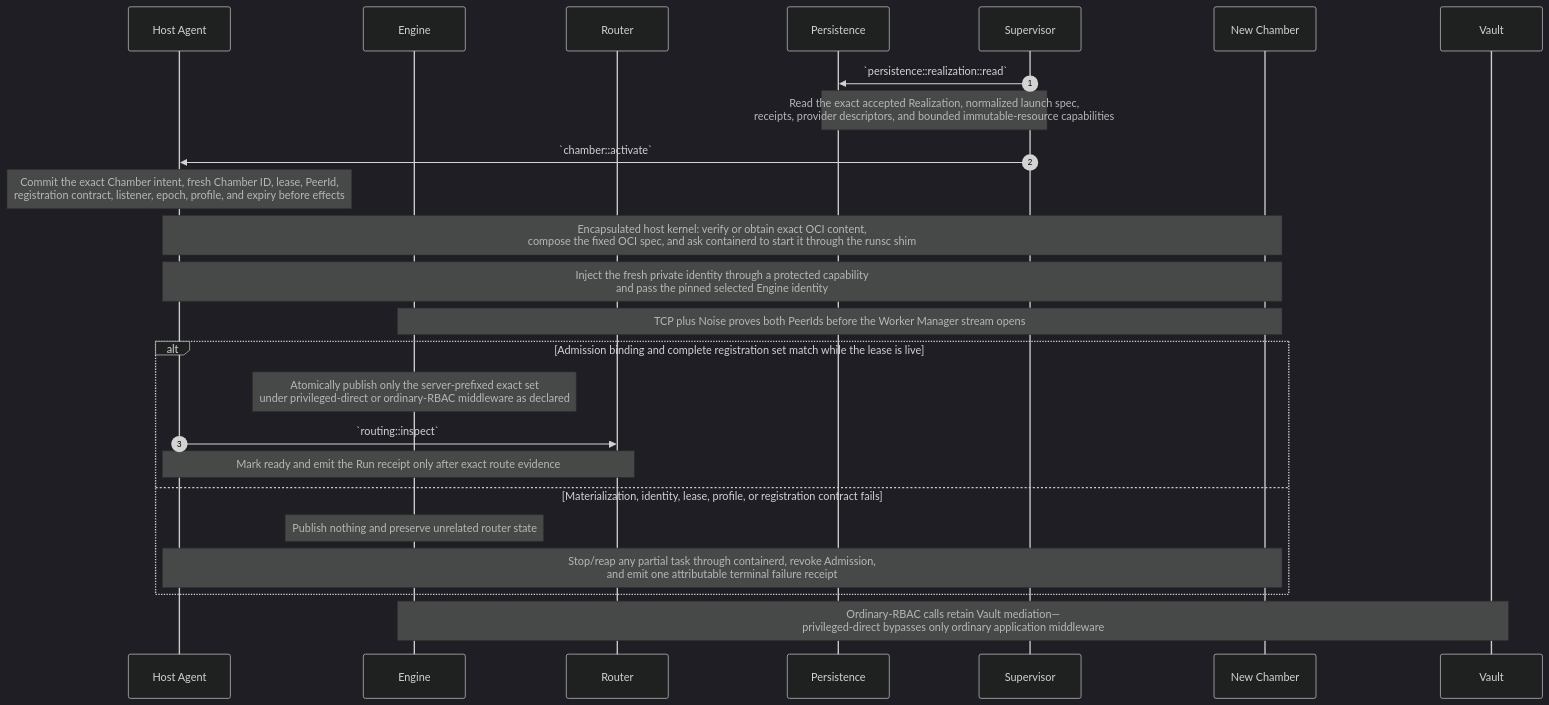
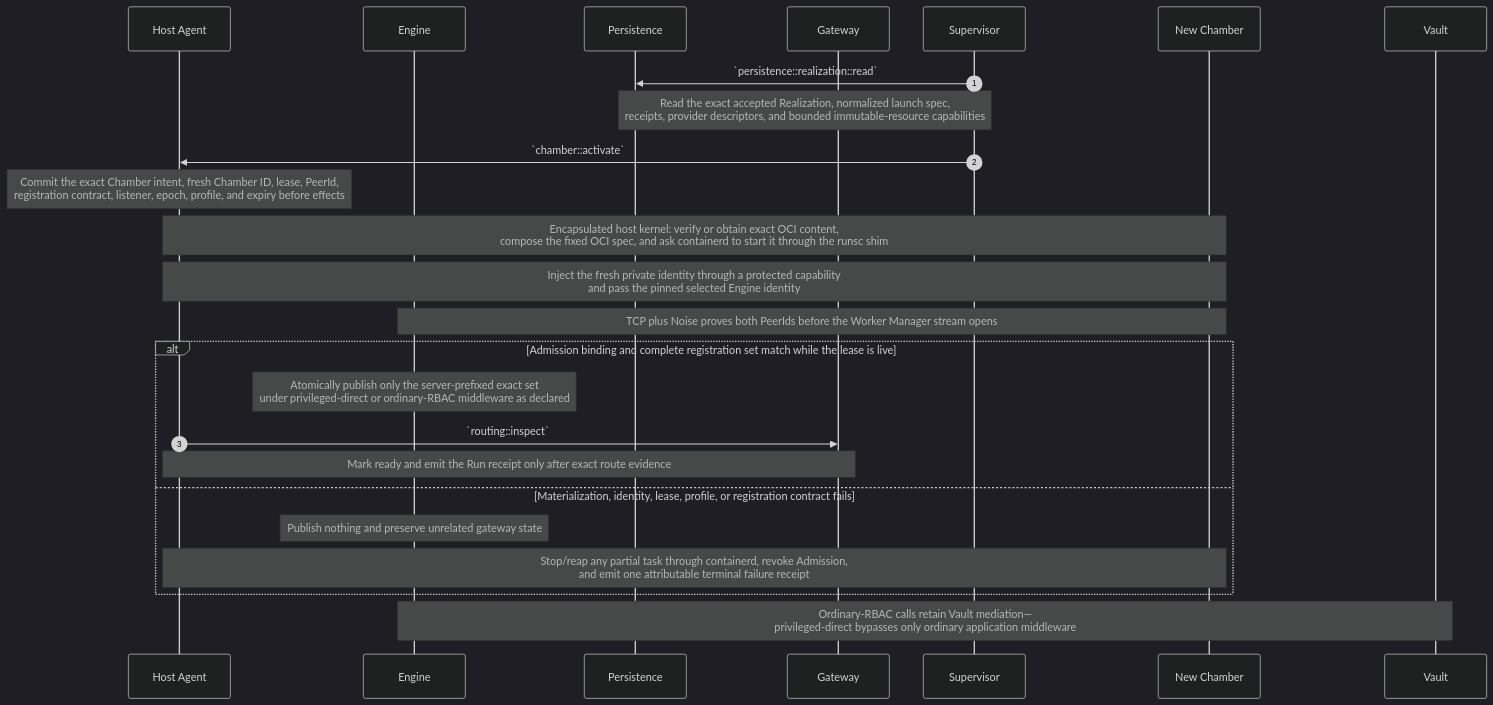
Before and after one commit to dreamcatcher-tech/chambers-lifecycle-explorer: the eighth of 18 diagrams in source/chambers-lifecycle-sequences.md, drawn with Mermaid (dark theme). The commit also changed other lines of this file and 9 other files, not shown here.

````diff
--- a/source/chambers-lifecycle-sequences.md
+++ b/source/chambers-lifecycle-sequences.md
@@ -1067,28 +1187,28 @@
 ```mermaid
 sequenceDiagram
     autonumber
     participant HostAgent as Host Agent
     participant Engine
-    participant Router as Router
     participant Persistence
+    participant Gateway as Gateway
     participant Supervisor
     participant Chamber as New Chamber
     participant Vault
 
     Supervisor->>Persistence: `persistence::realization::read`
     Note over Supervisor,Persistence: Read the exact accepted Realization, normalized launch spec,<br/>receipts, provider descriptors, and bounded immutable-resource capabilities
     Supervisor->>HostAgent: `chamber::activate`
     Note over HostAgent: Commit the exact Chamber intent, fresh Chamber ID, lease, PeerId,<br/>registration contract, listener, epoch, profile, and expiry before effects
     Note over HostAgent,Chamber: Encapsulated host kernel: verify or obtain exact OCI content,<br/>compose the fixed OCI spec, and ask containerd to start it through the runsc shim
     Note over HostAgent,Chamber: Inject the fresh private identity through a protected capability<br/>and pass the pinned selected Engine identity
     Note over Chamber,Engine: TCP plus Noise proves both PeerIds before the Worker Manager stream opens
     alt Admission binding and complete registration set match while the lease is live
         Note over Engine: Atomically publish only the server-prefixed exact set<br/>under privileged-direct or ordinary-RBAC middleware as declared
-        HostAgent->>Router: `routing::inspect`
-        Note over HostAgent,Router: Mark ready and emit the Run receipt only after exact route evidence
+        HostAgent->>Gateway: `routing::inspect`
+        Note over HostAgent,Gateway: Mark ready and emit the Run receipt only after exact route evidence
     else Materialization, identity, lease, profile, or registration contract fails
-        Note over Engine: Publish nothing and preserve unrelated router state
+        Note over Engine: Publish nothing and preserve unrelated gateway state
         Note over HostAgent,Chamber: Stop/reap any partial task through containerd, revoke Admission,<br/>and emit one attributable terminal failure receipt
     end
     Note over Engine,Vault: Ordinary-RBAC calls retain Vault mediation—<br/>privileged-direct bypasses only ordinary application middleware
 ```
````
